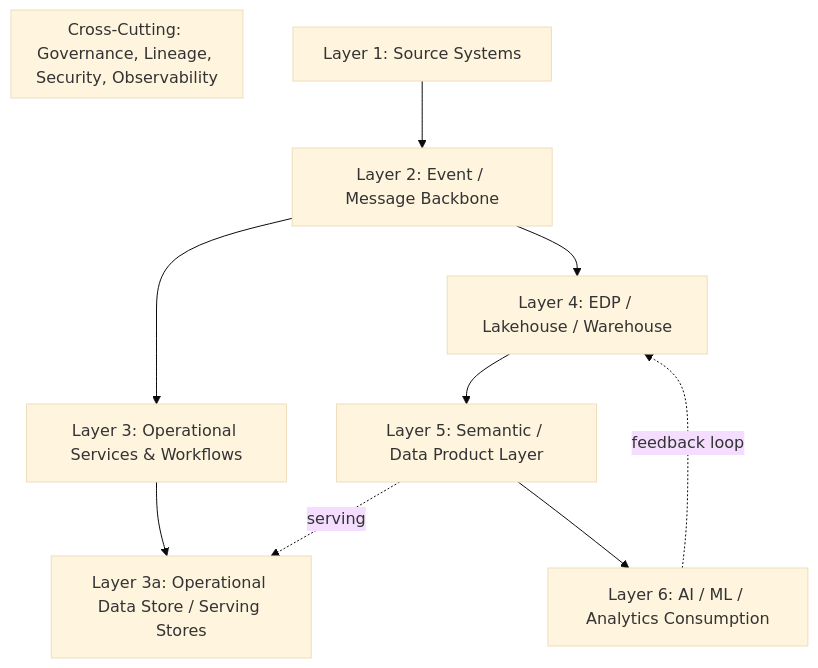
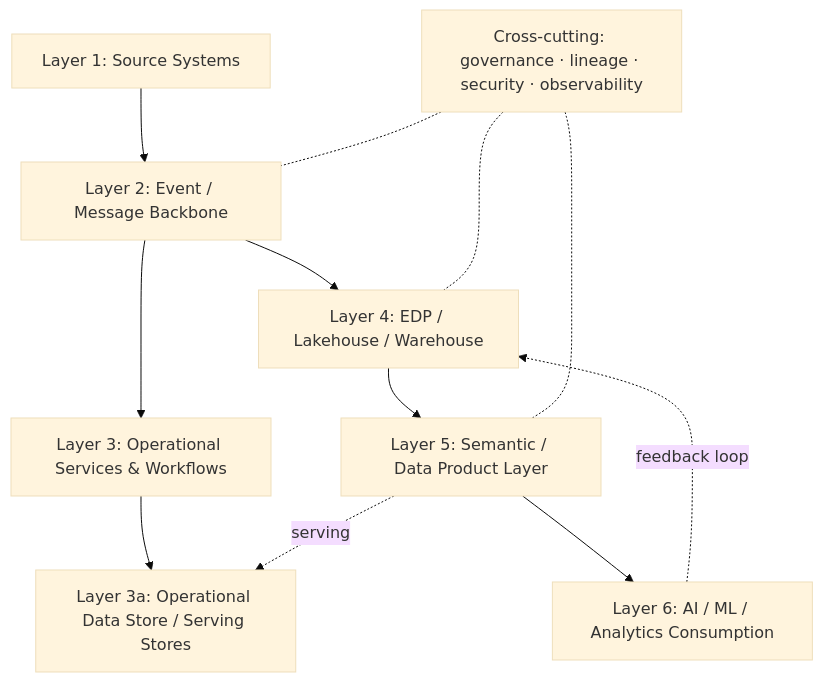
The diagram in docs/blueprints/target-state.md (sunilp/enterprise-data-architecture), drawn with Mermaid (base theme) before and after one commit. The commit also changed other lines of this file and 4 other files, not shown here.

Commit message:
Diagram text fixes, cross-cutting node, producer accountability, layer 5 decomposition, per-layer decision links

````diff
--- a/docs/blueprints/target-state.md
+++ b/docs/blueprints/target-state.md
@@ -16,15 +16,15 @@
 ```mermaid
 graph TB
-    subgraph "Cross-Cutting: Governance, Lineage, Security, Observability"
-        direction TB
-    end
-
     A["Layer 1: Source Systems"] --> B["Layer 2: Event / Message Backbone"]
     B --> C["Layer 3: Operational Services & Workflows"]
     B --> E["Layer 4: EDP / Lakehouse / Warehouse"]
     C --> D["Layer 3a: Operational Data Store / Serving Stores"]
     E --> F["Layer 5: Semantic / Data Product Layer"]
     F --> G["Layer 6: AI / ML / Analytics Consumption"]
     G -.-> |"feedback loop"| E
     F -.-> |"serving"| D
+    XC["Cross-cutting: governance · lineage · security · observability"]
+    XC -.- B
+    XC -.- E
+    XC -.- F
 ```
````
